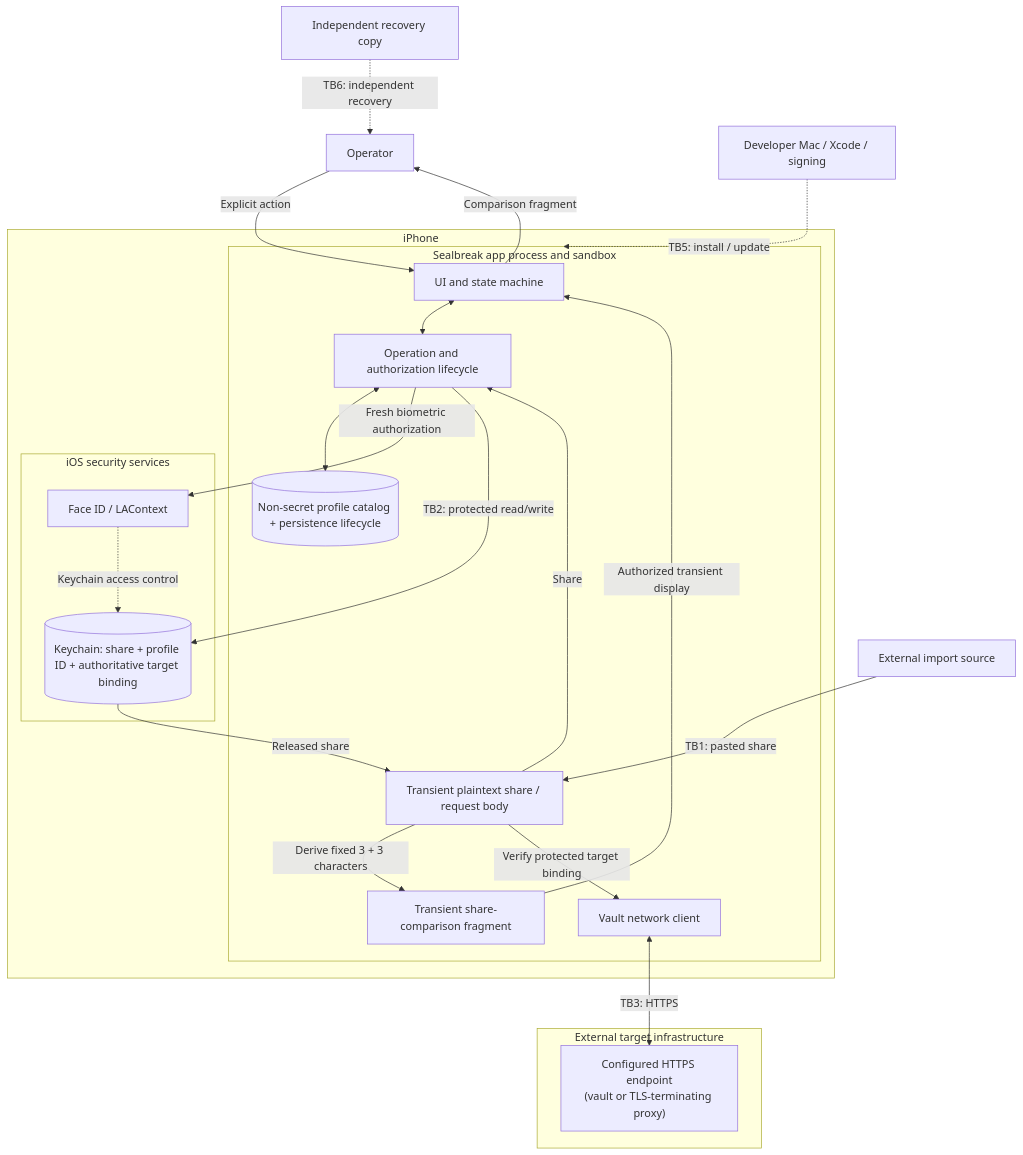
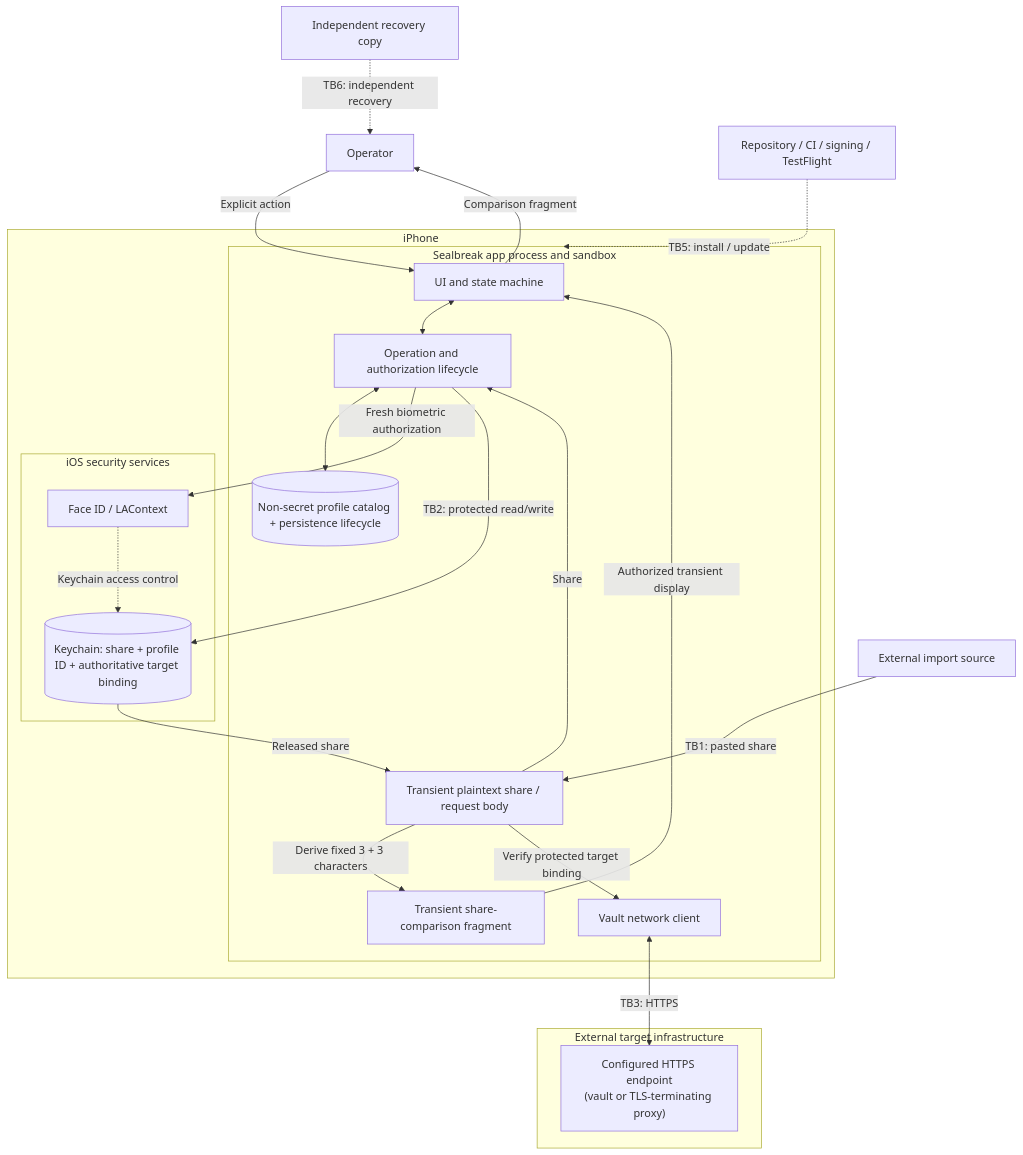
One commit to GeorgesAlkhouri/sealbreak changed the first of 3 diagrams in THREAT_MODEL.md. Above: the diagram before and after it, drawn with Mermaid. The commit also changed other lines of this file, not shown here.

````diff
--- a/THREAT_MODEL.md
+++ b/THREAT_MODEL.md
@@ -59,47 +59,47 @@
 ```mermaid
 flowchart TB
     OP["Operator"]
     IMPORT["External import source"]
     REC["Independent recovery copy"]
-    BUILD["Developer Mac / Xcode / signing"]
+    BUILD["Repository / CI / signing / TestFlight"]
 
     subgraph PHONE["iPhone"]
         subgraph APP["Sealbreak app process and sandbox"]
             UI["UI and state machine"]
             MODEL["Operation and authorization lifecycle"]
             DISPLAY[("Non-secret profile catalog + persistence lifecycle")]
             MEM["Transient plaintext share / request body"]
             FRAGMENT["Transient share-comparison fragment"]
             NET["Vault network client"]
         end
 
         subgraph IOS["iOS security services"]
             AUTH["Face ID / LAContext"]
             KC[("Keychain: share + profile ID + authoritative target binding")]
         end
     end
 
     subgraph TARGET["External target infrastructure"]
         ENDPOINT["Configured HTTPS endpoint<br/>(vault or TLS-terminating proxy)"]
     end
 
     OP -->|"Explicit action"| UI
     IMPORT -->|"TB1: pasted share"| MEM
     MEM -->|"Share"| MODEL
     BUILD -.->|"TB5: install / update"| APP
 
     UI <--> MODEL
     MODEL <--> DISPLAY
     MODEL -->|"Fresh biometric authorization"| AUTH
     AUTH -.->|"Keychain access control"| KC
     MODEL -->|"TB2: protected read/write"| KC
     KC -->|"Released share"| MEM
     MEM -->|"Derive fixed 3 + 3 characters"| FRAGMENT
     FRAGMENT -->|"Authorized transient display"| UI
     UI -->|"Comparison fragment"| OP
     MEM -->|"Verify protected target binding"| NET
 
     NET <-->|"TB3: HTTPS"| ENDPOINT
 
     REC -.->|"TB6: independent recovery"| OP
 ```
````
